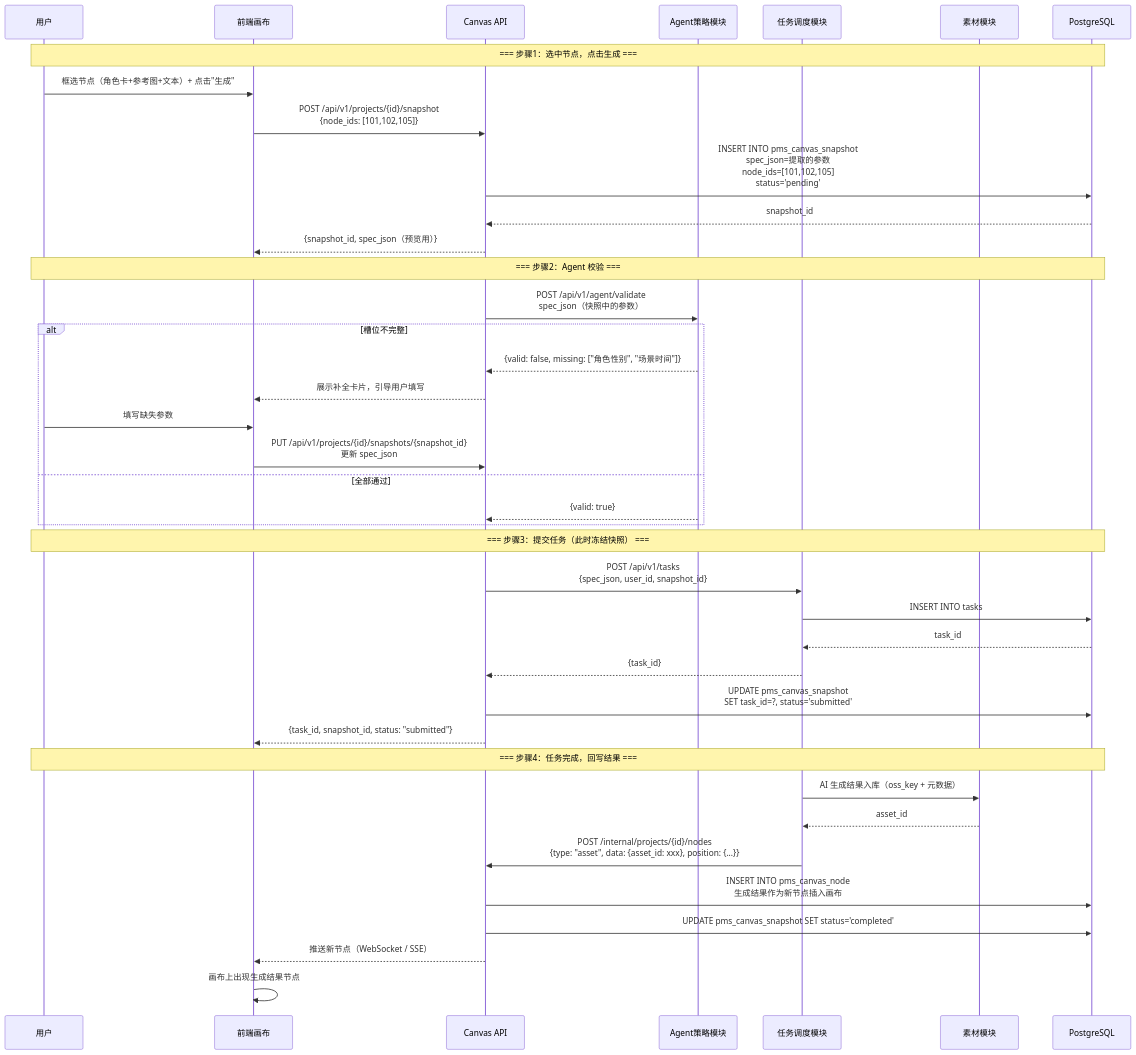
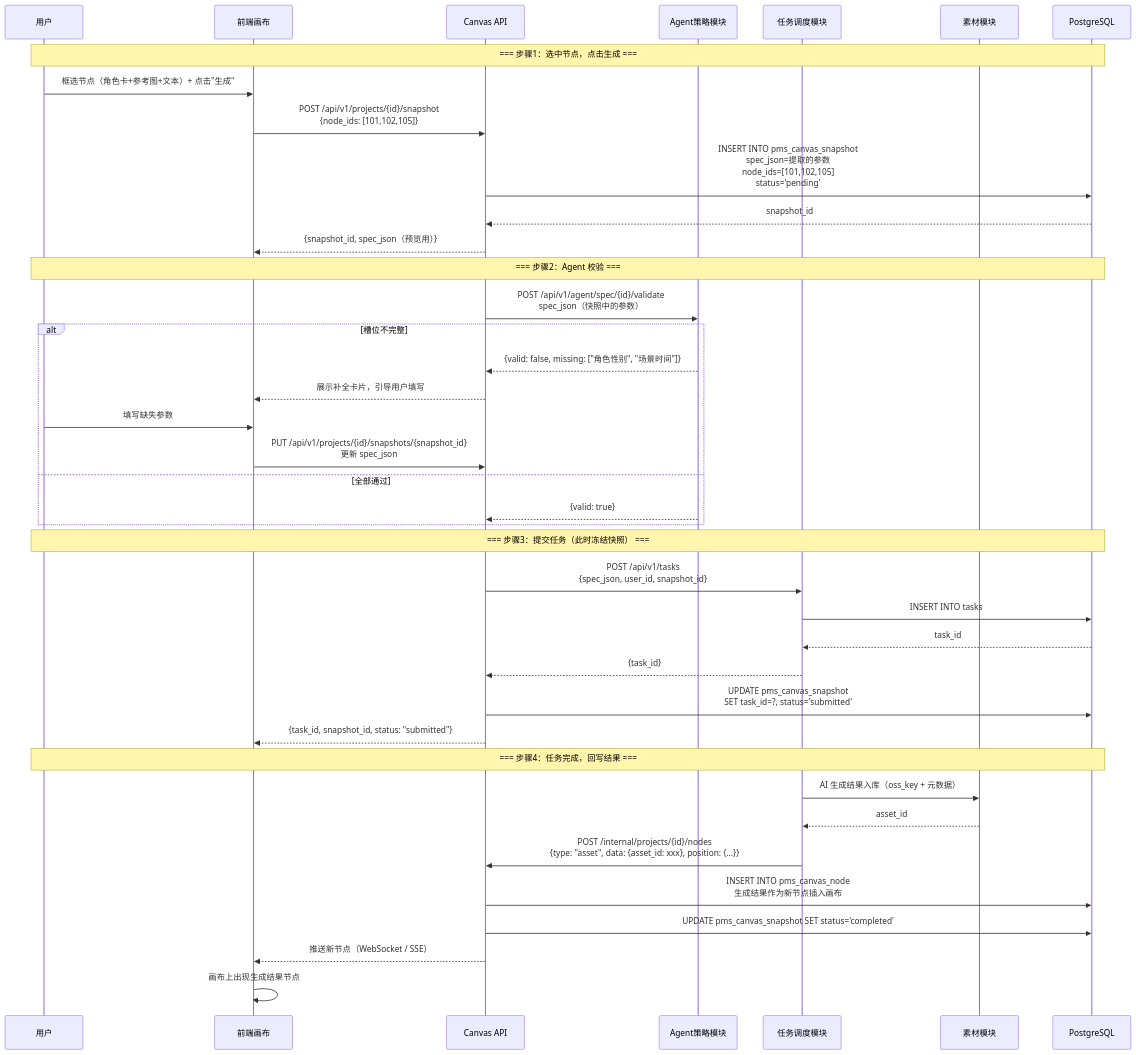
One commit to fairyspace/x-media changed the second of 3 diagrams in docs/[02]画布模块/README.md. Above: the diagram before and after it, drawn with Mermaid. The commit also changed other lines of this file and 6 other files, not shown here.

````diff
--- a/docs/[02]画布模块/README.md
+++ b/docs/[02]画布模块/README.md
@@ -492,43 +492,43 @@
 ```mermaid
 sequenceDiagram
     participant User as 用户
     participant Frontend as 前端画布
     participant CanvasAPI as Canvas API
     participant AgentModule as Agent策略模块
     participant TaskModule as 任务调度模块
     participant AssetModule as 素材模块
     participant DB as PostgreSQL
     Note over User, DB: === 步骤1：选中节点，点击生成 ===
     User ->> Frontend: 框选节点（角色卡+参考图+文本）+ 点击"生成"
     Frontend ->> CanvasAPI: POST /api/v1/projects/{id}/snapshot<br/>{node_ids: [101,102,105]}
     CanvasAPI ->> DB: INSERT INTO pms_canvas_snapshot<br/>spec_json=提取的参数<br/>node_ids=[101,102,105]<br/>status='pending'
     DB -->> CanvasAPI: snapshot_id
     CanvasAPI -->> Frontend: {snapshot_id, spec_json（预览用）}
     Note over User, DB: === 步骤2：Agent 校验 ===
-    CanvasAPI ->> AgentModule: POST /api/v1/agent/validate<br/>spec_json（快照中的参数）
+    CanvasAPI ->> AgentModule: POST /api/v1/agent/spec/{id}/validate<br/>spec_json（快照中的参数）
 
     alt 槽位不完整
         AgentModule -->> CanvasAPI: {valid: false, missing: ["角色性别", "场景时间"]}
         CanvasAPI -->> Frontend: 展示补全卡片，引导用户填写
         User ->> Frontend: 填写缺失参数
         Frontend ->> CanvasAPI: PUT /api/v1/projects/{id}/snapshots/{snapshot_id}<br/>更新 spec_json
     else 全部通过
         AgentModule -->> CanvasAPI: {valid: true}
     end
 
     Note over User, DB: === 步骤3：提交任务（此时冻结快照） ===
     CanvasAPI ->> TaskModule: POST /api/v1/tasks<br/>{spec_json, user_id, snapshot_id}
     TaskModule ->> DB: INSERT INTO tasks
     DB -->> TaskModule: task_id
     TaskModule -->> CanvasAPI: {task_id}
     CanvasAPI ->> DB: UPDATE pms_canvas_snapshot<br/>SET task_id=?, status='submitted'
     CanvasAPI -->> Frontend: {task_id, snapshot_id, status: "submitted"}
     Note over User, DB: === 步骤4：任务完成，回写结果 ===
     TaskModule ->> AssetModule: AI 生成结果入库（oss_key + 元数据）
     AssetModule -->> TaskModule: asset_id
     TaskModule ->> CanvasAPI: POST /internal/projects/{id}/nodes<br/>{type: "asset", data: {asset_id: xxx}, position: {...}}
     CanvasAPI ->> DB: INSERT INTO pms_canvas_node<br/>生成结果作为新节点插入画布
     CanvasAPI ->> DB: UPDATE pms_canvas_snapshot SET status='completed'
     CanvasAPI -->> Frontend: 推送新节点（WebSocket / SSE）
     Frontend ->> Frontend: 画布上出现生成结果节点
 ```
````
